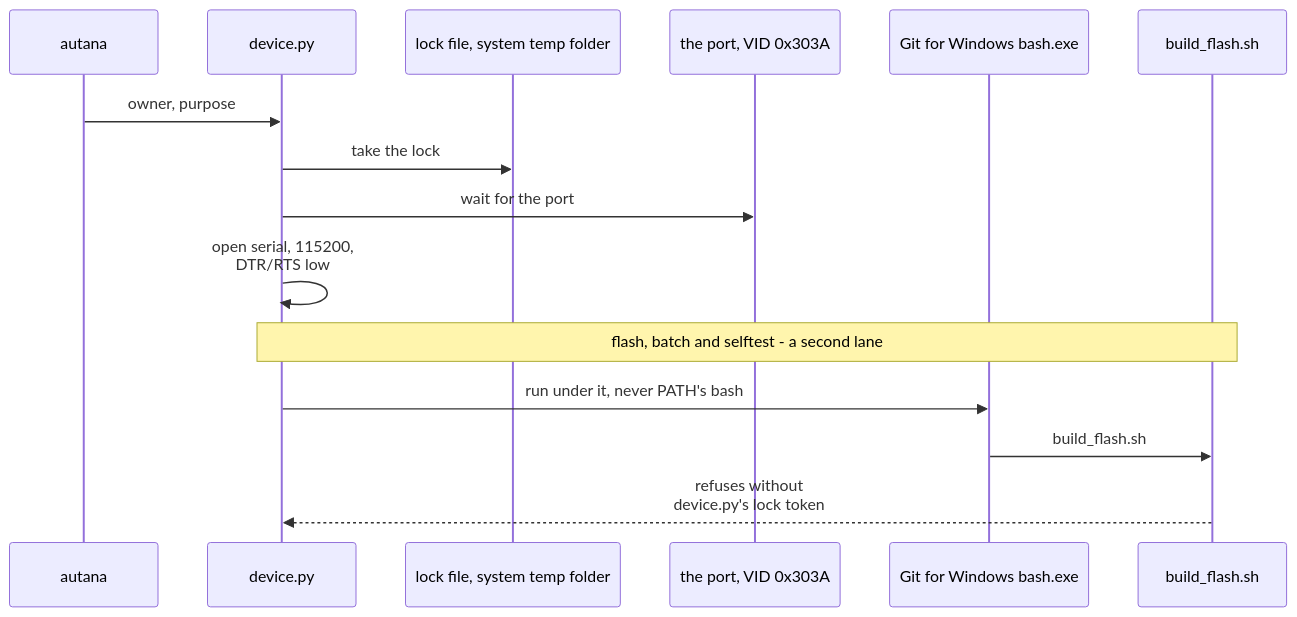
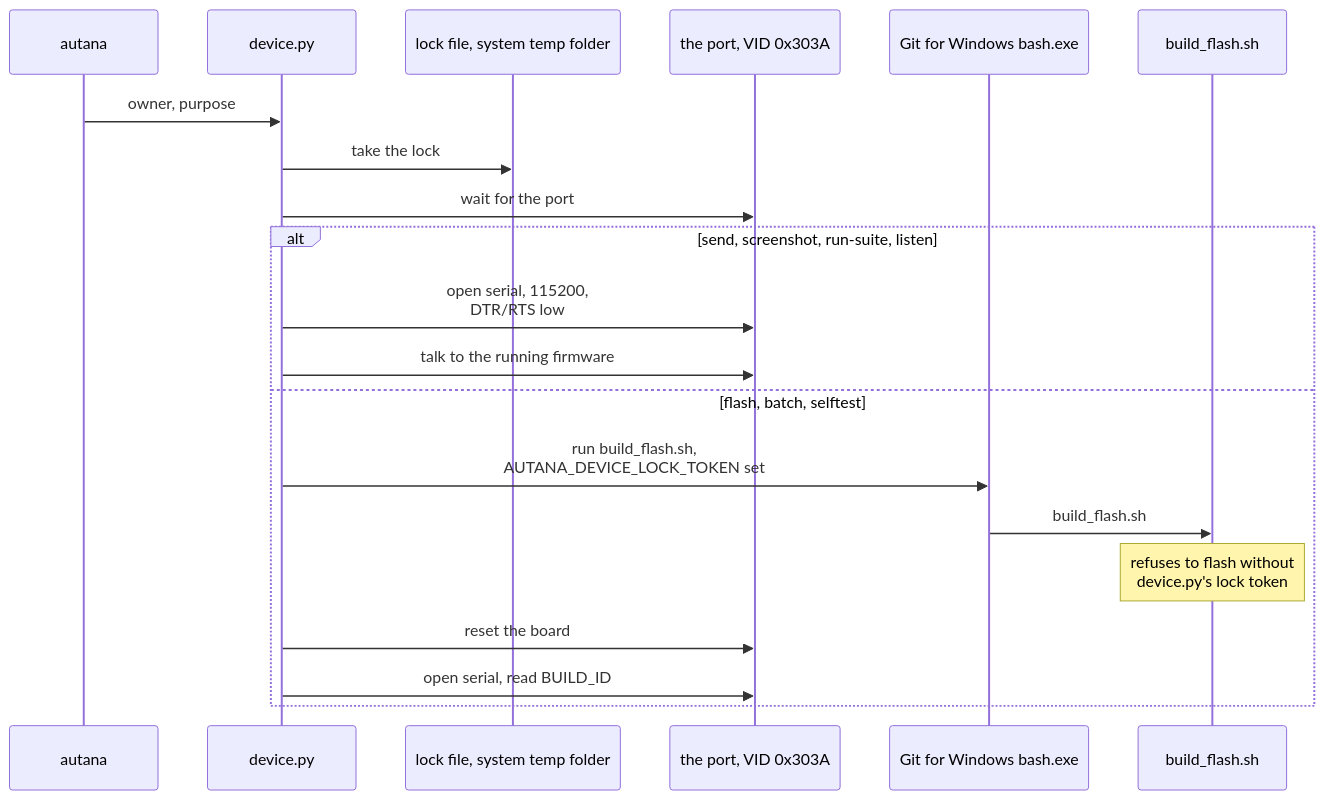
The diagram in docs/tools/Device-Lock.md (jose-villegas/autana), drawn with Mermaid before and after one commit. The commit also changed 1 other file, not shown here.

Commit message:
docs: redraw the layer map as tiers, and the device-lock sequence
The layer map's edge-per-include drawing was an unreadable tangle once
every #include direction was on the page. Redrawn as tiers - one row per
dependency depth, a folder including only what sits below it - with the
two real layering violations as the only drawn arrows, in red, and
app.h shown once as the contract every layer includes rather than as a
hub with an edge from each of them.

Device-Lock.md's sequence diagram only covered the lock/port/bash-flash
lane; split it with a serial-commands lane (send, screenshot, run-suite,
listen open the port directly) alongside flash/batch/selftest, moved the
lock-token refusal into a Note instead of a return arrow, and added the
reset-and-read-BUILD_ID step that actually follows a flash.

````diff
--- a/docs/tools/Device-Lock.md
+++ b/docs/tools/Device-Lock.md
@@ -8,19 +8,24 @@
 ```mermaid
 sequenceDiagram
     participant App as autana
     participant Dev as device.py
     participant Lock as lock file, system temp folder
     participant Port as the port, VID 0x303A
     participant Bash as Git for Windows bash.exe
     participant Flash as build_flash.sh
 
     App->>Dev: owner, purpose
     Dev->>Lock: take the lock
     Dev->>Port: wait for the port
-    Dev->>Dev: open serial, 115200,<br/>DTR/RTS low
 
-    Note over Dev,Flash: flash, batch and selftest - a second lane
-    Dev->>Bash: run under it, never PATH's bash
-    Bash->>Flash: build_flash.sh
-    Flash-->>Dev: refuses without<br/>device.py's lock token
+    alt send, screenshot, run-suite, listen
+        Dev->>Port: open serial, 115200,<br/>DTR/RTS low
+        Dev->>Port: talk to the running firmware
+    else flash, batch, selftest
+        Dev->>Bash: run build_flash.sh,<br/>AUTANA_DEVICE_LOCK_TOKEN set
+        Bash->>Flash: build_flash.sh
+        Note over Flash: refuses to flash without<br/>device.py's lock token
+        Dev->>Port: reset the board
+        Dev->>Port: open serial, read BUILD_ID
+    end
 ```
````
